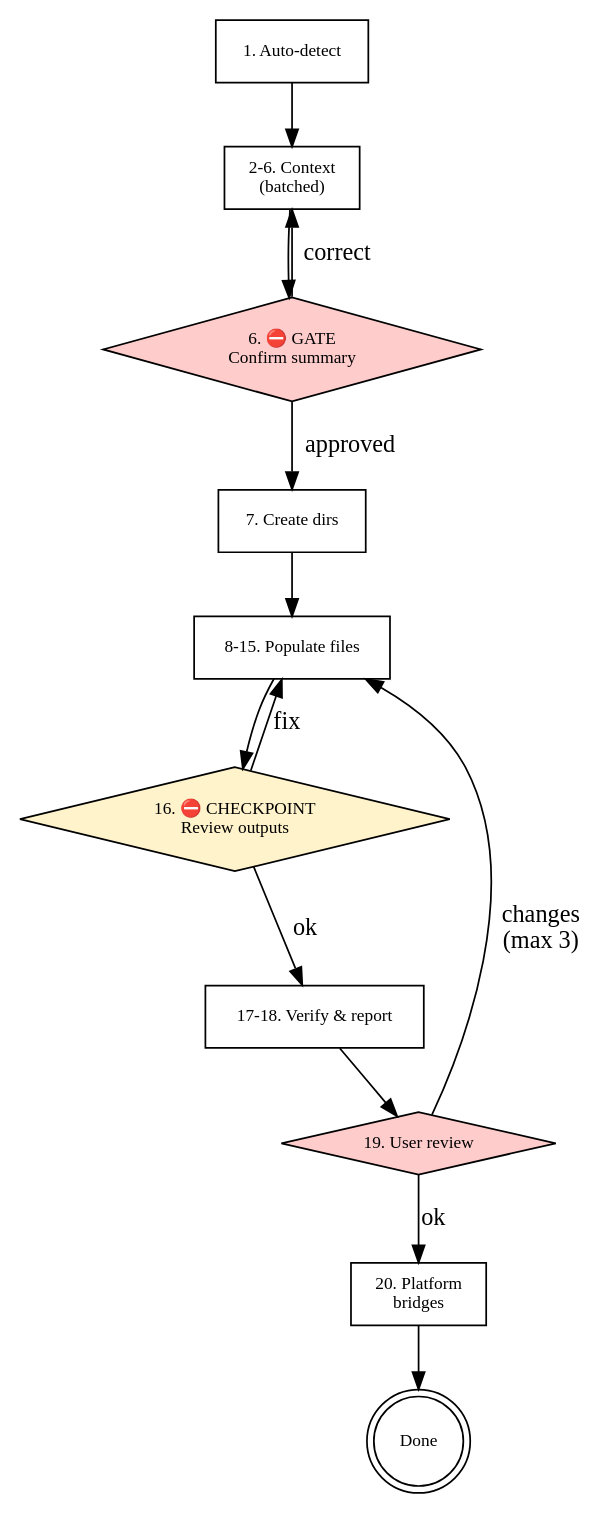
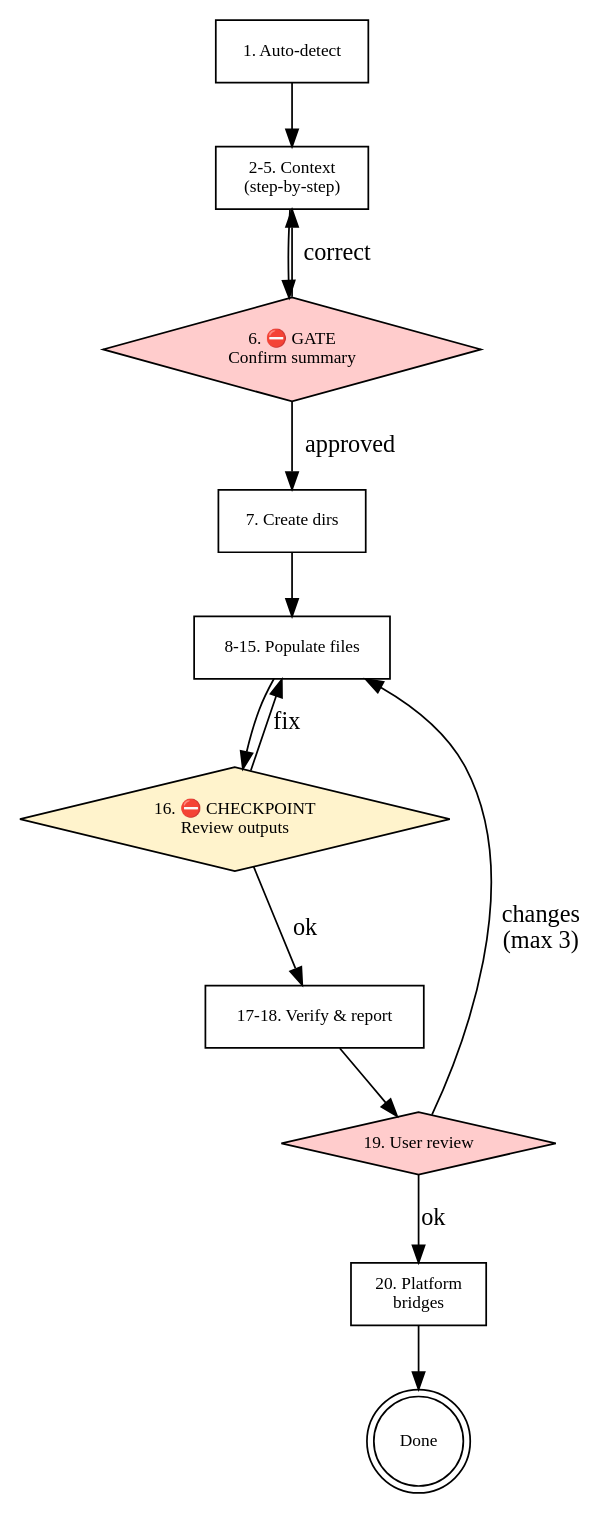
One commit to HumbleMaxiu/cc-harness changed the diagram in skills/harness-setup/SKILL.md. Above: the diagram before and after it, drawn with Graphviz. The commit also changed other lines of this file and 1 other file, not shown here.

Commit message:
Make harness setup context questions step-by-step

````diff
--- a/skills/harness-setup/SKILL.md
+++ b/skills/harness-setup/SKILL.md
@@ -120,30 +120,30 @@
 ```dot
 digraph harness {
     rankdir=TB;
     node [fontsize=10];
 
     detect [label="1. Auto-detect" shape=box];
-    p1 [label="2-6. Context\n(batched)" shape=box];
+    p1 [label="2-5. Context\n(step-by-step)" shape=box];
     gate1 [label="6. ⛔ GATE\nConfirm summary" shape=diamond style=filled fillcolor="#ffcccc"];
     create_dirs [label="7. Create dirs" shape=box];
     populate [label="8-15. Populate files" shape=box];
     cp [label="16. ⛔ CHECKPOINT\nReview outputs" shape=diamond style=filled fillcolor="#fff3cc"];
     verify [label="17-18. Verify & report" shape=box];
     review [label="19. User review" shape=diamond style=filled fillcolor="#ffcccc"];
     phase5 [label="20. Platform\nbridges" shape=box];
     done [label="Done" shape=doublecircle];
 
     detect -> p1;
     p1 -> gate1;
     gate1 -> p1 [label="correct"];
     gate1 -> create_dirs [label="approved"];
     create_dirs -> populate;
     populate -> cp;
     cp -> populate [label="fix"];
     cp -> verify [label="ok"];
     verify -> review;
     review -> populate [label="changes\n(max 3)"];
     review -> phase5 [label="ok"];
     phase5 -> done;
 }
 ```
````
